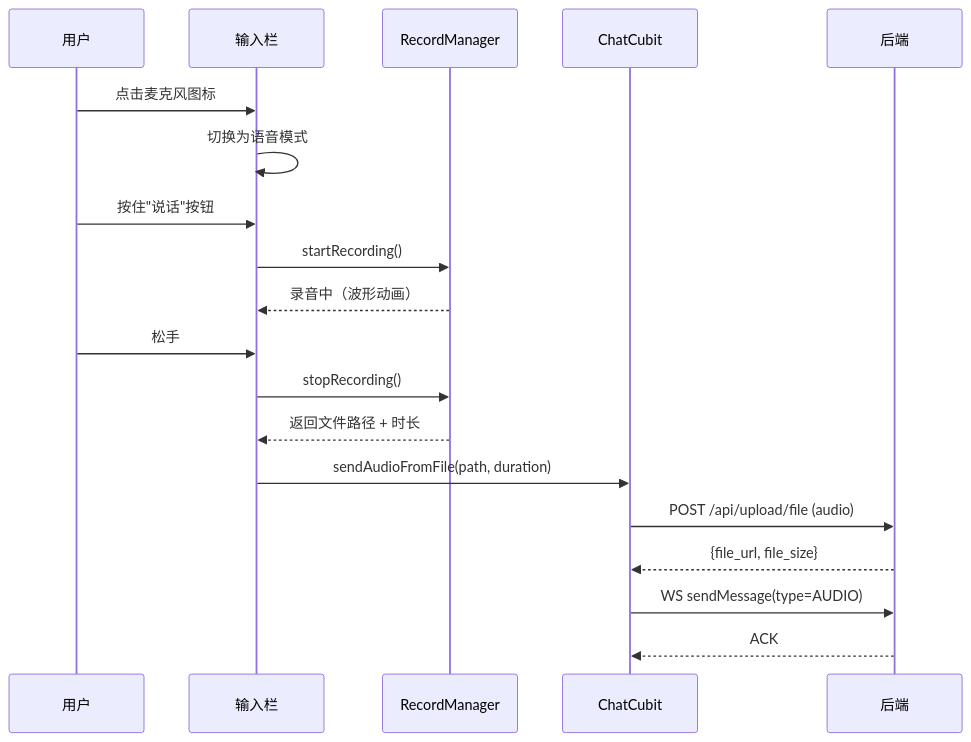
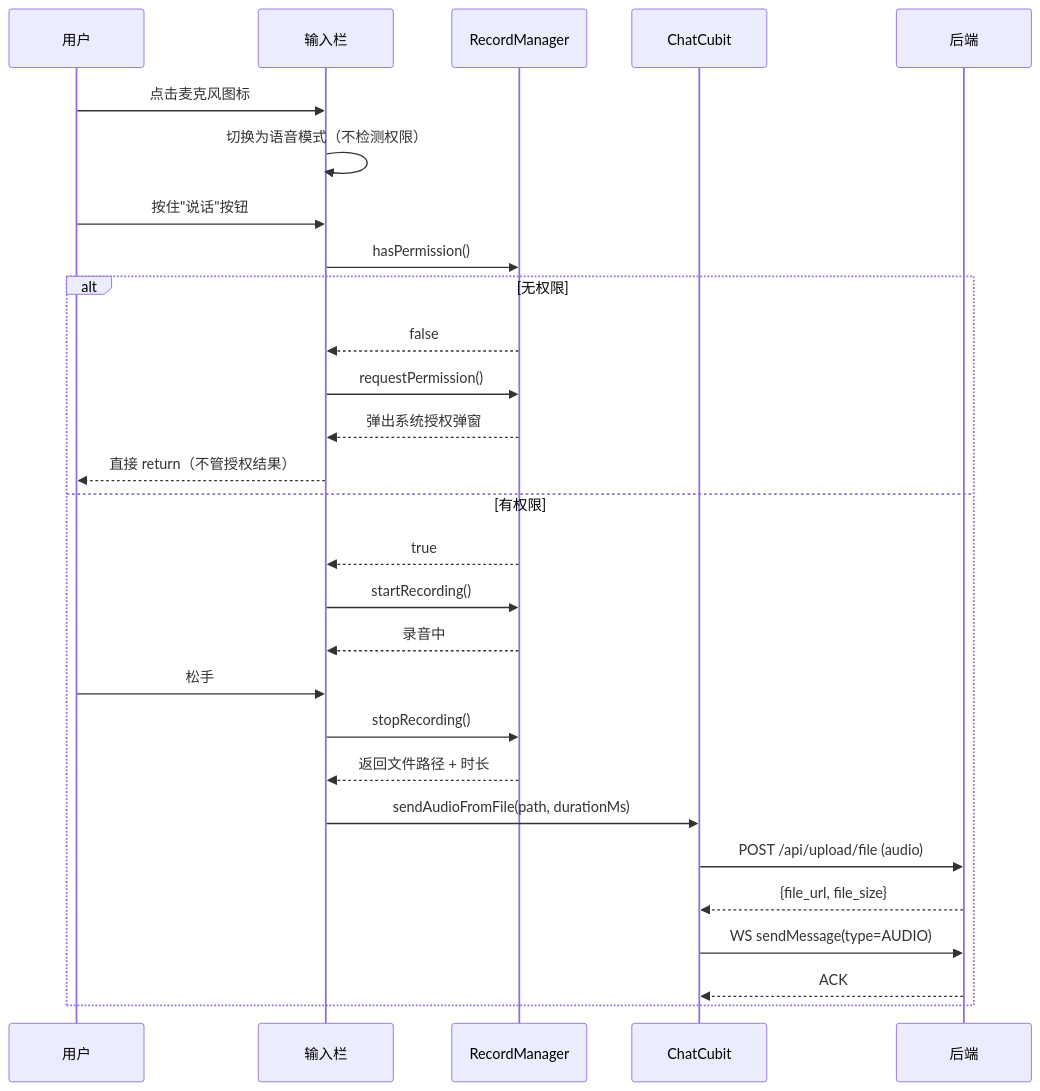
The first of 2 diagrams in docs/features/im/chat-input/v0.22.0/client/design.md (toly1994328/flash_im_by_ai), drawn with Mermaid before and after one commit. The commit also changed other lines of this file and 37 other files, not shown here.

Commit message:
feat(im-chat-input): v0.22.0 emoji panel + voice message + WeChat-style input bar

````diff
--- a/docs/features/im/chat-input/v0.22.0/client/design.md
+++ b/docs/features/im/chat-input/v0.22.0/client/design.md
@@ -96,22 +111,31 @@
 ```mermaid
 sequenceDiagram
     participant U as 用户
     participant Input as 输入栏
     participant Recorder as RecordManager
     participant Cubit as ChatCubit
     participant Server as 后端
 
     U->>Input: 点击麦克风图标
-    Input->>Input: 切换为语音模式
+    Input->>Input: 切换为语音模式（不检测权限）
     U->>Input: 按住"说话"按钮
-    Input->>Recorder: startRecording()
-    Recorder-->>Input: 录音中（波形动画）
-    U->>Input: 松手
-    Input->>Recorder: stopRecording()
-    Recorder-->>Input: 返回文件路径 + 时长
-    Input->>Cubit: sendAudioFromFile(path, duration)
-    Cubit->>Server: POST /api/upload/file (audio)
-    Server-->>Cubit: {file_url, file_size}
-    Cubit->>Server: WS sendMessage(type=AUDIO)
-    Server-->>Cubit: ACK
+    Input->>Recorder: hasPermission()
+    alt 无权限
+        Recorder-->>Input: false
+        Input->>Recorder: requestPermission()
+        Recorder-->>Input: 弹出系统授权弹窗
+        Input-->>U: 直接 return（不管授权结果）
+    else 有权限
+        Recorder-->>Input: true
+        Input->>Recorder: startRecording()
+        Recorder-->>Input: 录音中
+        U->>Input: 松手
+        Input->>Recorder: stopRecording()
+        Recorder-->>Input: 返回文件路径 + 时长
+        Input->>Cubit: sendAudioFromFile(path, durationMs)
+        Cubit->>Server: POST /api/upload/file (audio)
+        Server-->>Cubit: {file_url, file_size}
+        Cubit->>Server: WS sendMessage(type=AUDIO)
+        Server-->>Cubit: ACK
+    end
 ```
````
